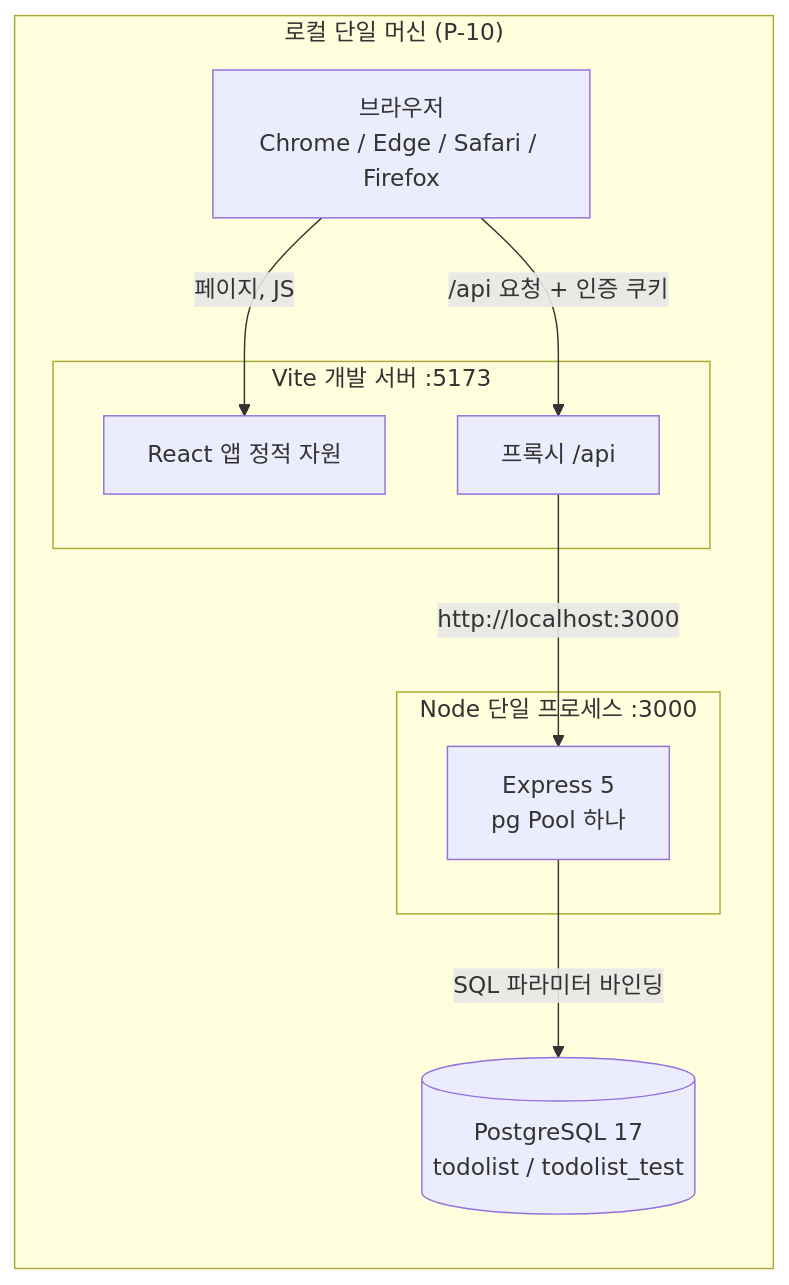
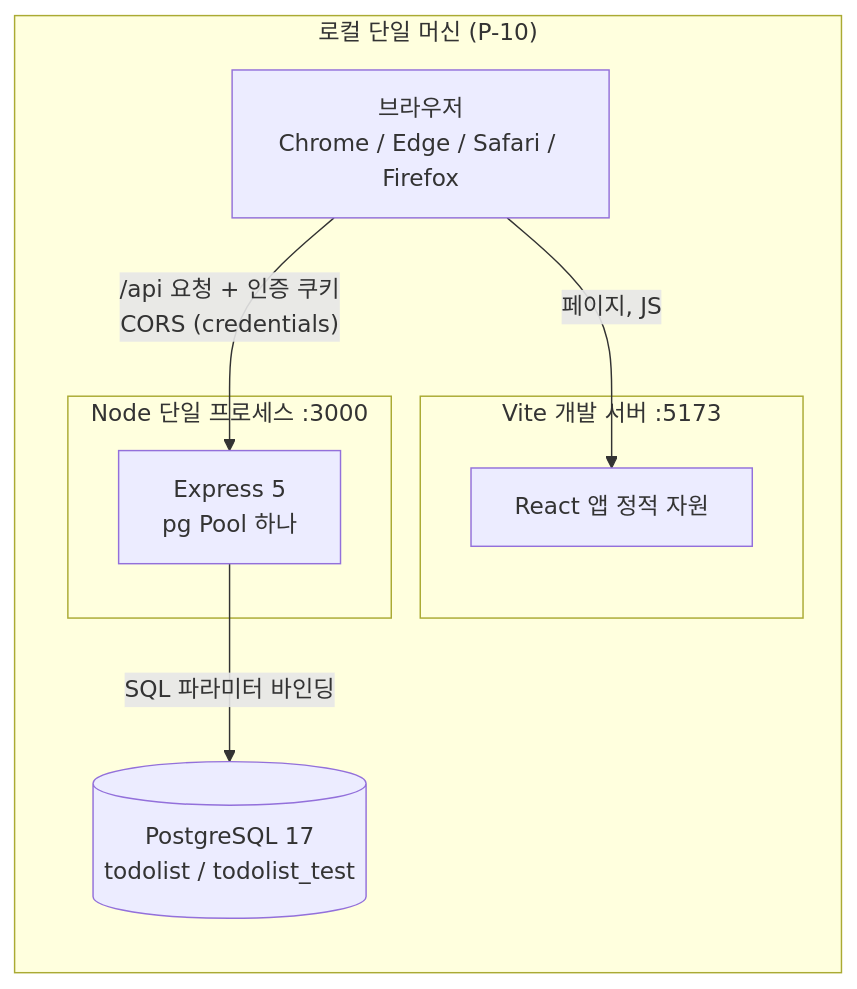
One commit to pomyeong/todolist-app changed the first of 10 diagrams in docs/6-arch-diagram.md. Above: the diagram before and after it, drawn with Mermaid. The commit also changed other lines of this file and 16 other files, not shown here.

First line of the commit message:
feat: Vite 프록시 대신 CORS로 API 호출, 토큰 만료 시간 환경변수화 (P-04, PR-S-01, PR-S-02, PR-S-04)

````diff
--- a/docs/6-arch-diagram.md
+++ b/docs/6-arch-diagram.md
@@ -56,19 +58,17 @@
 ```mermaid
 flowchart LR
     subgraph PC["로컬 단일 머신 (P-10)"]
         BR["브라우저<br/>Chrome / Edge / Safari / Firefox"]
         subgraph FE["Vite 개발 서버 :5173"]
             ST["React 앱 정적 자원"]
-            PX["프록시 /api"]
         end
         subgraph BE["Node 단일 프로세스 :3000"]
             EX["Express 5<br/>pg Pool 하나"]
         end
         DB[("PostgreSQL 17<br/>todolist / todolist_test")]
     end
 
     BR -->|"페이지, JS"| ST
-    BR -->|"/api 요청 + 인증 쿠키"| PX
-    PX -->|"http://localhost:3000"| EX
+    BR -->|"/api 요청 + 인증 쿠키<br/>CORS (credentials)"| EX
     EX -->|"SQL 파라미터 바인딩"| DB
 ```
````
